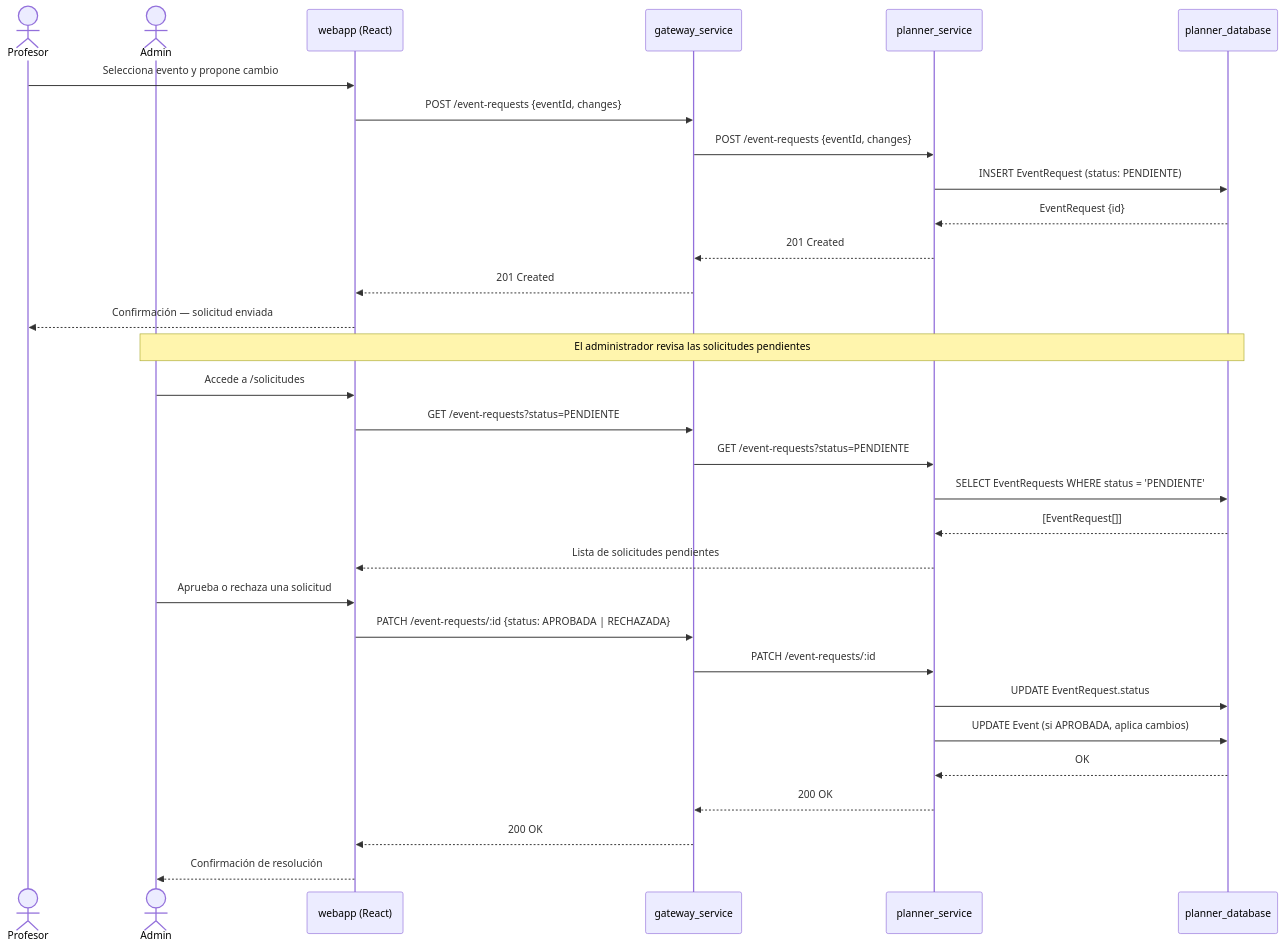
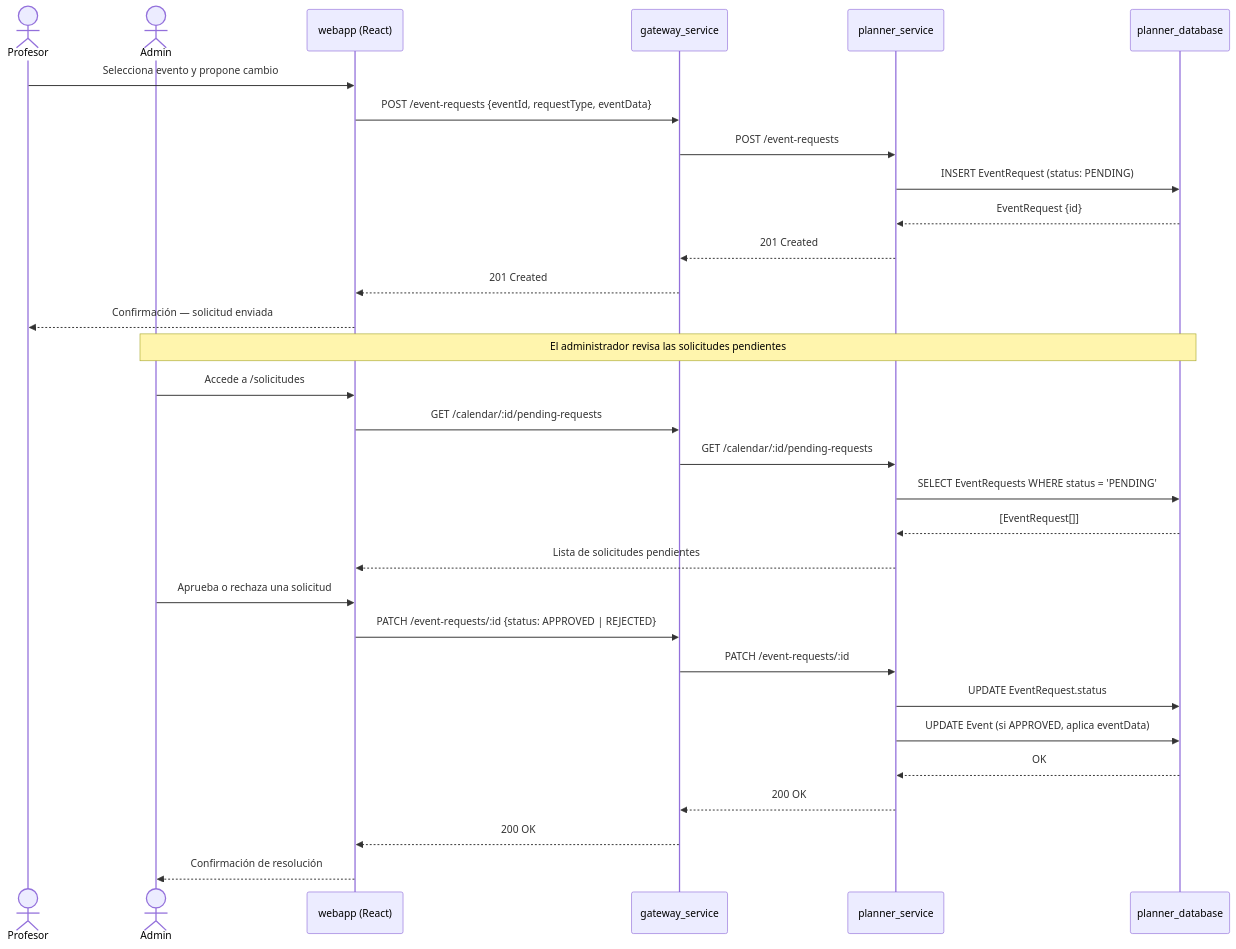
Before and after one commit to Murias10/TeachingPlanner: the eighth of 9 diagrams in docs/capitulo5_diseno.md, drawn with Mermaid. The commit also changed other lines of this file and 1 other file, not shown here.

````diff
--- a/docs/capitulo5_diseno.md
+++ b/docs/capitulo5_diseno.md
@@ -415,37 +665,37 @@
 ```mermaid
 sequenceDiagram
     actor Profesor
     actor Admin
     participant webapp as webapp (React)
     participant gateway as gateway_service
     participant planner as planner_service
     participant db as planner_database
 
     Profesor->>webapp: Selecciona evento y propone cambio
-    webapp->>gateway: POST /event-requests {eventId, changes}
-    gateway->>planner: POST /event-requests {eventId, changes}
-    planner->>db: INSERT EventRequest (status: PENDIENTE)
+    webapp->>gateway: POST /event-requests {eventId, requestType, eventData}
+    gateway->>planner: POST /event-requests
+    planner->>db: INSERT EventRequest (status: PENDING)
     db-->>planner: EventRequest {id}
     planner-->>gateway: 201 Created
     gateway-->>webapp: 201 Created
     webapp-->>Profesor: Confirmación — solicitud enviada
 
     Note over Admin,db: El administrador revisa las solicitudes pendientes
 
     Admin->>webapp: Accede a /solicitudes
-    webapp->>gateway: GET /event-requests?status=PENDIENTE
-    gateway->>planner: GET /event-requests?status=PENDIENTE
-    planner->>db: SELECT EventRequests WHERE status = 'PENDIENTE'
+    webapp->>gateway: GET /calendar/:id/pending-requests
+    gateway->>planner: GET /calendar/:id/pending-requests
+    planner->>db: SELECT EventRequests WHERE status = 'PENDING'
     db-->>planner: [EventRequest[]]
     planner-->>webapp: Lista de solicitudes pendientes
 
     Admin->>webapp: Aprueba o rechaza una solicitud
-    webapp->>gateway: PATCH /event-requests/:id {status: APROBADA | RECHAZADA}
+    webapp->>gateway: PATCH /event-requests/:id {status: APPROVED | REJECTED}
     gateway->>planner: PATCH /event-requests/:id
     planner->>db: UPDATE EventRequest.status
-    planner->>db: UPDATE Event (si APROBADA, aplica cambios)
+    planner->>db: UPDATE Event (si APPROVED, aplica eventData)
     db-->>planner: OK
     planner-->>gateway: 200 OK
     gateway-->>webapp: 200 OK
     webapp-->>Admin: Confirmación de resolución
 ```
````
